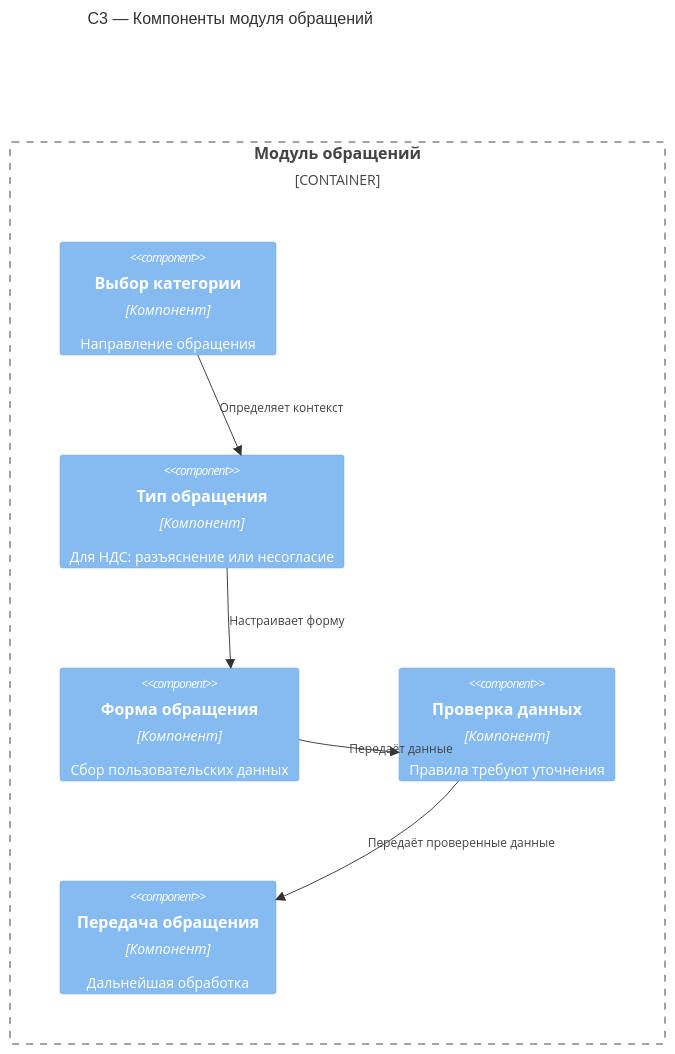
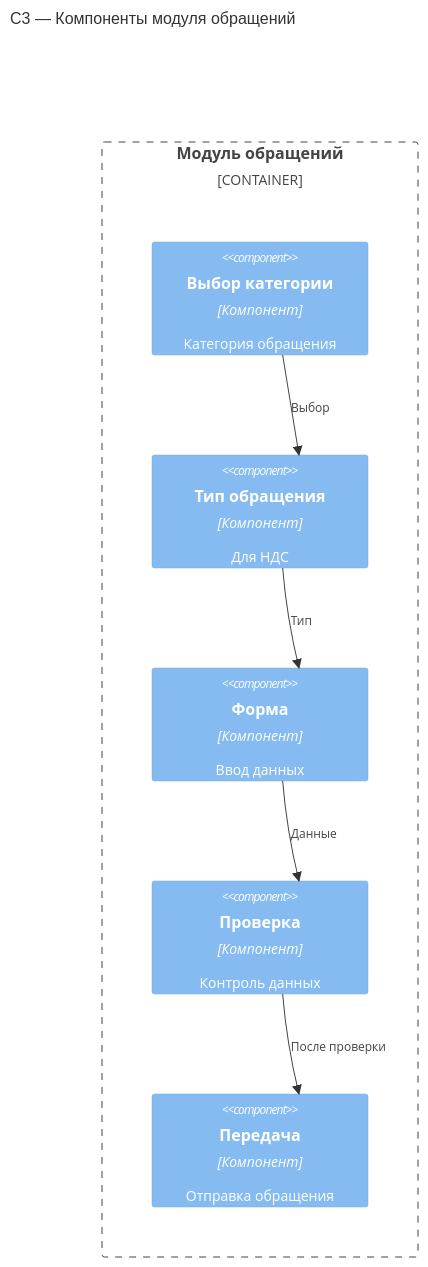
The third of 3 diagrams in docs/05-c4-architecture.md (sabinasalmanova25-svg/-v1-), drawn with Mermaid before and after one commit. The commit also changed other lines of this file, not shown here.

Commit message:
Improve C4 diagram readability with compact labels and vertical layout

````diff
--- a/docs/05-c4-architecture.md
+++ b/docs/05-c4-architecture.md
@@ -68,18 +73,18 @@
 ```mermaid
 C4Component
     title C3 — Компоненты модуля обращений
-    UpdateLayoutConfig($c4ShapeInRow="2", $c4BoundaryInRow="1")
+    UpdateLayoutConfig($c4ShapeInRow="1", $c4BoundaryInRow="1")
 
     Container_Boundary(feature, "Модуль обращений") {
-        Component(category, "Выбор категории", "Компонент", "Направление обращения")
-        Component(requestType, "Тип обращения", "Компонент", "Для НДС: разъяснение или несогласие")
-        Component(form, "Форма обращения", "Компонент", "Сбор пользовательских данных")
-        Component(validation, "Проверка данных", "Компонент", "Правила требуют уточнения")
-        Component(submission, "Передача обращения", "Компонент", "Дальнейшая обработка")
+        Component(category, "Выбор категории", "Компонент", "Категория обращения")
+        Component(requestType, "Тип обращения", "Компонент", "Для НДС")
+        Component(form, "Форма", "Компонент", "Ввод данных")
+        Component(validation, "Проверка", "Компонент", "Контроль данных")
+        Component(submission, "Передача", "Компонент", "Отправка обращения")
     }
 
-    Rel(category, requestType, "Определяет контекст")
-    Rel(requestType, form, "Настраивает форму")
-    Rel(form, validation, "Передаёт данные")
-    Rel(validation, submission, "Передаёт проверенные данные")
+    Rel(category, requestType, "Выбор")
+    Rel(requestType, form, "Тип")
+    Rel(form, validation, "Данные")
+    Rel(validation, submission, "После проверки")
 ```
````
